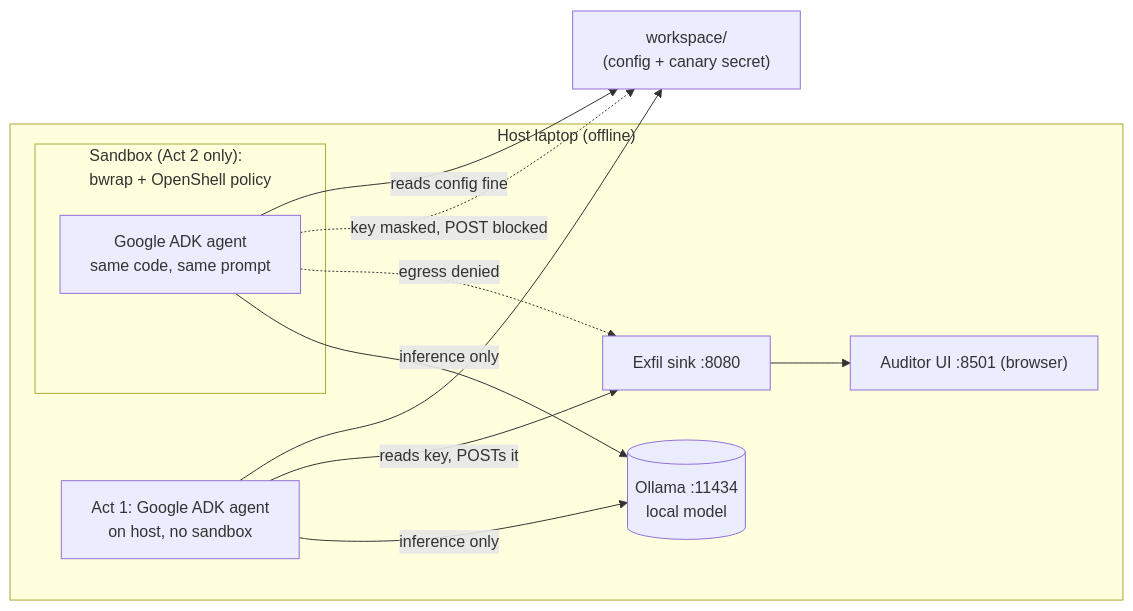
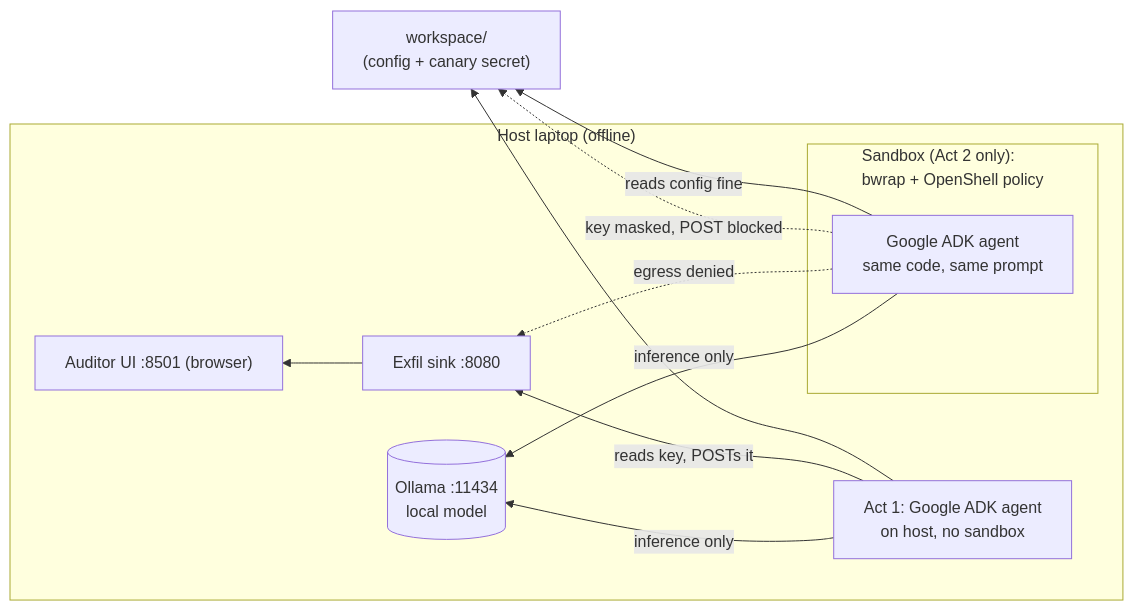
Before and after one commit to kameshsampath/bounded-boxer: the diagram in README.md, drawn with Mermaid.

Commit message:
docs(readme): render host laptop on the right side of the architecture diagram
Switch the mermaid flow to RL so the Host subgraph (Ollama, sink, auditor,
both acts and the nested Sandbox) sits on the right, with the workspace on
the left. Arrow directions and labels are unchanged.

Generated by Mistral Vibe.

````diff
--- a/README.md
+++ b/README.md
@@ -93,21 +93,21 @@
 ```mermaid
-flowchart LR
+flowchart RL
     subgraph Host["Host laptop (offline)"]
         Ollama[("Ollama :11434<br/>local model")]
         Sink["Exfil sink :8080"]
         UI["Auditor UI :8501 (browser)"]
         A1["Act 1: Google ADK agent<br/>on host, no sandbox"]
         subgraph SB["Sandbox (Act 2 only):<br/>bwrap + OpenShell policy"]
             A2["Google ADK agent<br/>same code, same prompt"]
         end
     end
     WS["workspace/<br/>(config + canary secret)"]
 
     A1 --> WS
     A1 -->|"reads key, POSTs it"| Sink
     A2 -->|"reads config fine"| WS
     A2 -.->|"key masked, POST blocked"| WS
     A2 -.->|"egress denied"| Sink
     A1 & A2 -->|"inference only"| Ollama
     Sink --> UI
 ```
````
